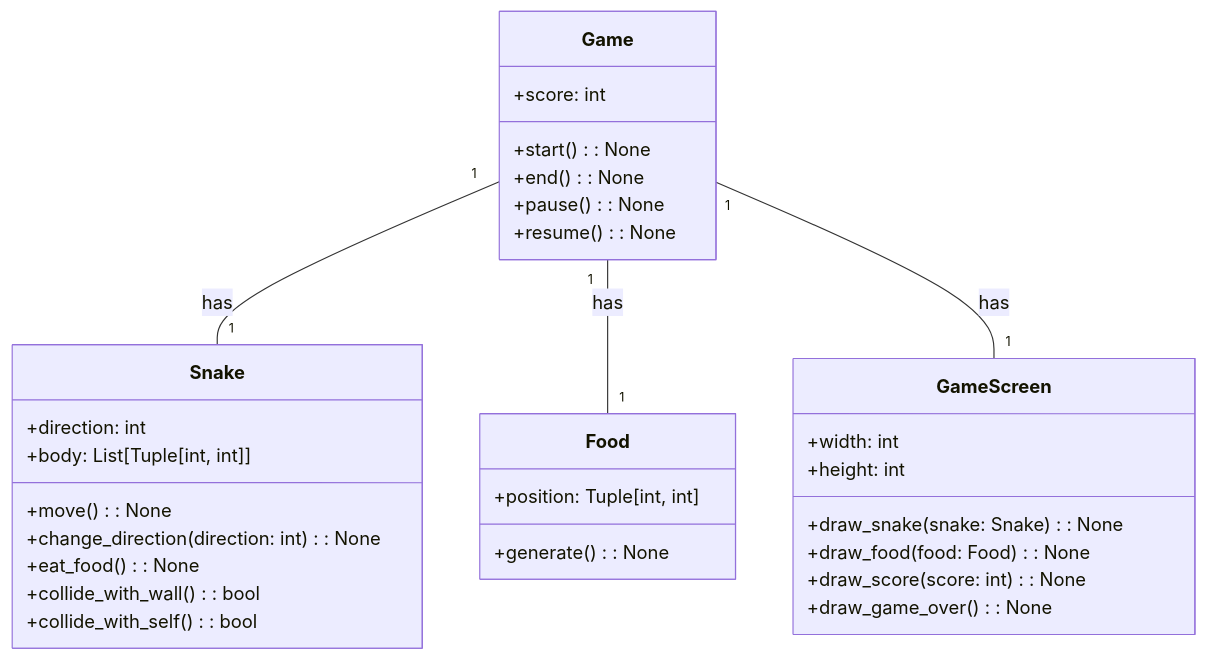
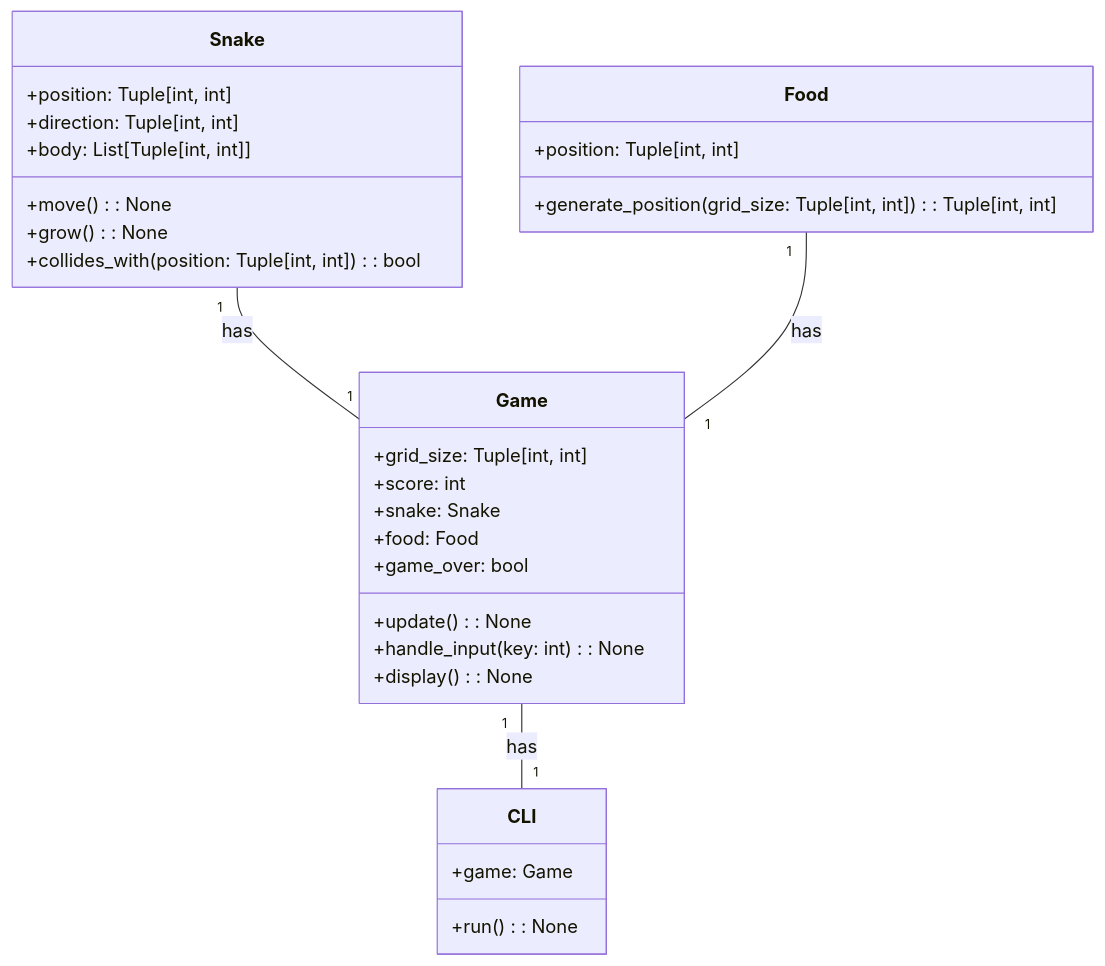
One commit to jiapingW/SEBACK changed the diagram in workspace/1/resources/data_api_design.mmd. Above: the diagram before and after it, drawn with Mermaid. The commit also changed 76 other files, not shown here.

```diff
--- a/workspace/1/resources/data_api_design.mmd
+++ b/workspace/1/resources/data_api_design.mmd
@@ -1,36 +1,34 @@
 classDiagram
-    class Game{
-        +score: int
-        +start(): None
-        +end(): None
-        +pause(): None
-        +resume(): None
-    }
-
     class Snake{
-        +direction: int
+        +position: Tuple[int, int]
+        +direction: Tuple[int, int]
         +body: List[Tuple[int, int]]
-        +move(): None
-        +change_direction(direction: int): None
-        +eat_food(): None
-        +collide_with_wall(): bool
-        +collide_with_self(): bool
+        +move() : None
+        +grow() : None
+        +collides_with(position: Tuple[int, int]) : bool
     }
 
     class Food{
         +position: Tuple[int, int]
-        +generate(): None
+        +generate_position(grid_size: Tuple[int, int]) : Tuple[int, int]
     }
 
-    class GameScreen{
-        +width: int
-        +height: int
-        +draw_snake(snake: Snake): None
-        +draw_food(food: Food): None
-        +draw_score(score: int): None
-        +draw_game_over(): None
+    class Game{
+        +grid_size: Tuple[int, int]
+        +score: int
+        +snake: Snake
+        +food: Food
+        +game_over: bool
+        +update() : None
+        +handle_input(key: int) : None
+        +display() : None
     }
 
-    Game "1" -- "1" Snake: has
-    Game "1" -- "1" Food: has
-    Game "1" -- "1" GameScreen: has
+    class CLI{
+        +game: Game
+        +run() : None
+    }
+
+    Snake "1" -- "1" Game: has
+    Food "1" -- "1" Game: has
+    Game "1" -- "1" CLI: has
```
